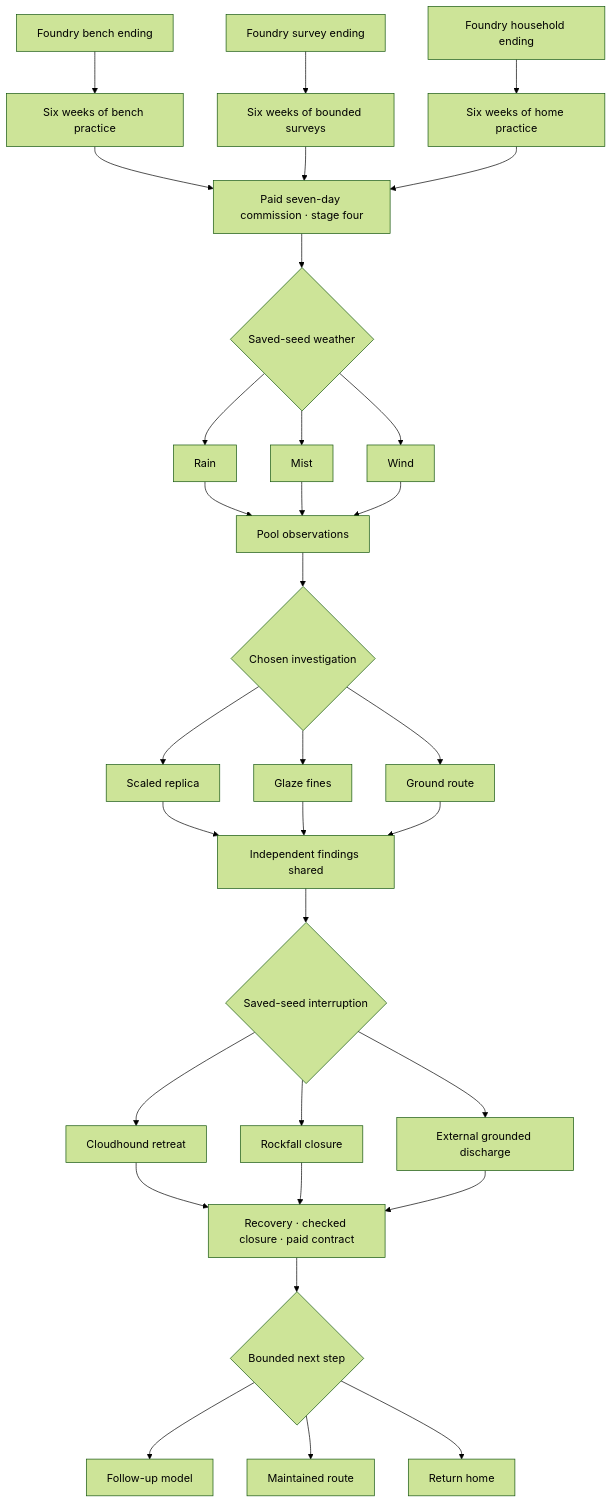
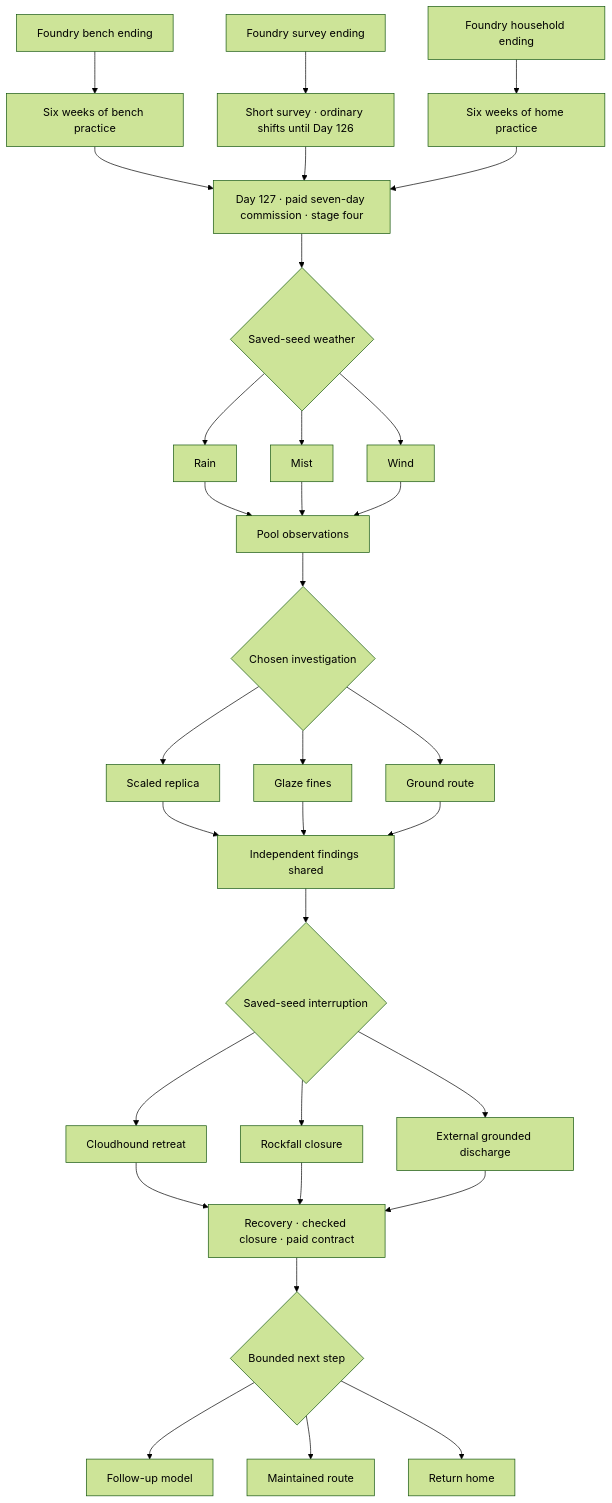
One commit to jgyy/octxian changed the diagram in docs/THUNDERFEN_EXPANSION.md. Above: the diagram before and after it, drawn with Mermaid (forest theme). The commit also changed other lines of this file and 19 other files, not shown here.

````diff
--- a/docs/THUNDERFEN_EXPANSION.md
+++ b/docs/THUNDERFEN_EXPANSION.md
@@ -15,34 +15,34 @@
 ```mermaid
 flowchart TD
     Bench["Foundry bench ending"] --> FromBench["Six weeks of bench practice"]
-    Survey["Foundry survey ending"] --> FromSurvey["Six weeks of bounded surveys"]
+    Survey["Foundry survey ending"] --> FromSurvey["Short survey · ordinary shifts until Day 126"]
     Home["Foundry household ending"] --> FromHome["Six weeks of home practice"]
-    FromBench --> Departure["Paid seven-day commission · stage four"]
+    FromBench --> Departure["Day 127 · paid seven-day commission · stage four"]
     FromSurvey --> Departure
     FromHome --> Departure
     Departure --> Weather{"Saved-seed weather"}
     Weather --> Rain["Rain"]
     Weather --> Mist["Mist"]
     Weather --> Wind["Wind"]
     Rain --> Pool["Pool observations"]
     Mist --> Pool
     Wind --> Pool
     Pool --> Investigation{"Chosen investigation"}
     Investigation --> Replica["Scaled replica"]
     Investigation --> Material["Glaze fines"]
     Investigation --> Ground["Ground route"]
     Replica --> Findings["Independent findings shared"]
     Material --> Findings
     Ground --> Findings
     Findings --> Incident{"Saved-seed interruption"}
     Incident --> Hound["Cloudhound retreat"]
     Incident --> Rock["Rockfall closure"]
     Incident --> Surge["External grounded discharge"]
     Hound --> Return["Recovery · checked closure · paid contract"]
     Rock --> Return
     Surge --> Return
     Return --> Ending{"Bounded next step"}
     Ending --> Model["Follow-up model"]
     Ending --> Route["Maintained route"]
     Ending --> Household["Return home"]
 ```
````
